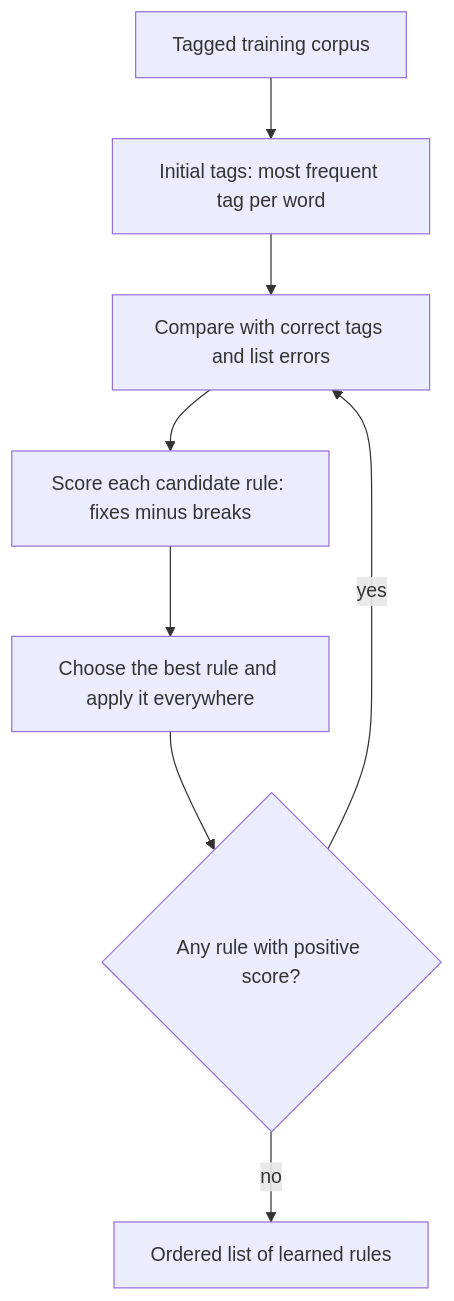
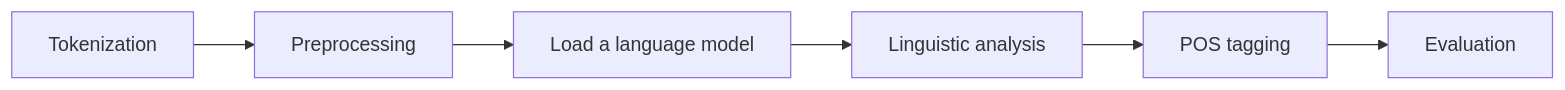
The third of 5 diagrams in content/natural-language-processing/notes/pos-tagging.hi.mdx (TrendySloth1001/sem-seven-notes), drawn with Mermaid before and after one commit. The commit also changed other lines of this file and 406 other files, not shown here.

````diff
--- a/content/natural-language-processing/notes/pos-tagging.hi.mdx
+++ b/content/natural-language-processing/notes/pos-tagging.hi.mdx
@@ -672,11 +112,9 @@
 ```mermaid
-%% caption: Brill learning loop. Simple tags se shuru karo, saare candidate rules score karo, best rule rakho, use lagao, aur dohraao. Tagging ke waqt saved rules usi order mein lagte hain.
-flowchart TD
-  A["Tagged training corpus"] --> B["Initial tags: most frequent tag per word"]
-  B --> C["Compare with correct tags and list errors"]
-  C --> D["Score each candidate rule: fixes minus breaks"]
-  D --> E["Choose the best rule and apply it everywhere"]
-  E --> F{"Any rule with positive score?"}
-  F -->|"yes"| C
-  F -->|"no"| G["Ordered list of learned rules"]
+%% caption: POS tagging ke steps jaise class answer mein diye hain.
+flowchart LR
+  A["Tokenization"] --> B["Preprocessing"]
+  B --> C["Load a language model"]
+  C --> D["Linguistic analysis"]
+  D --> E["POS tagging"]
+  E --> F["Evaluation"]
 ```
````
